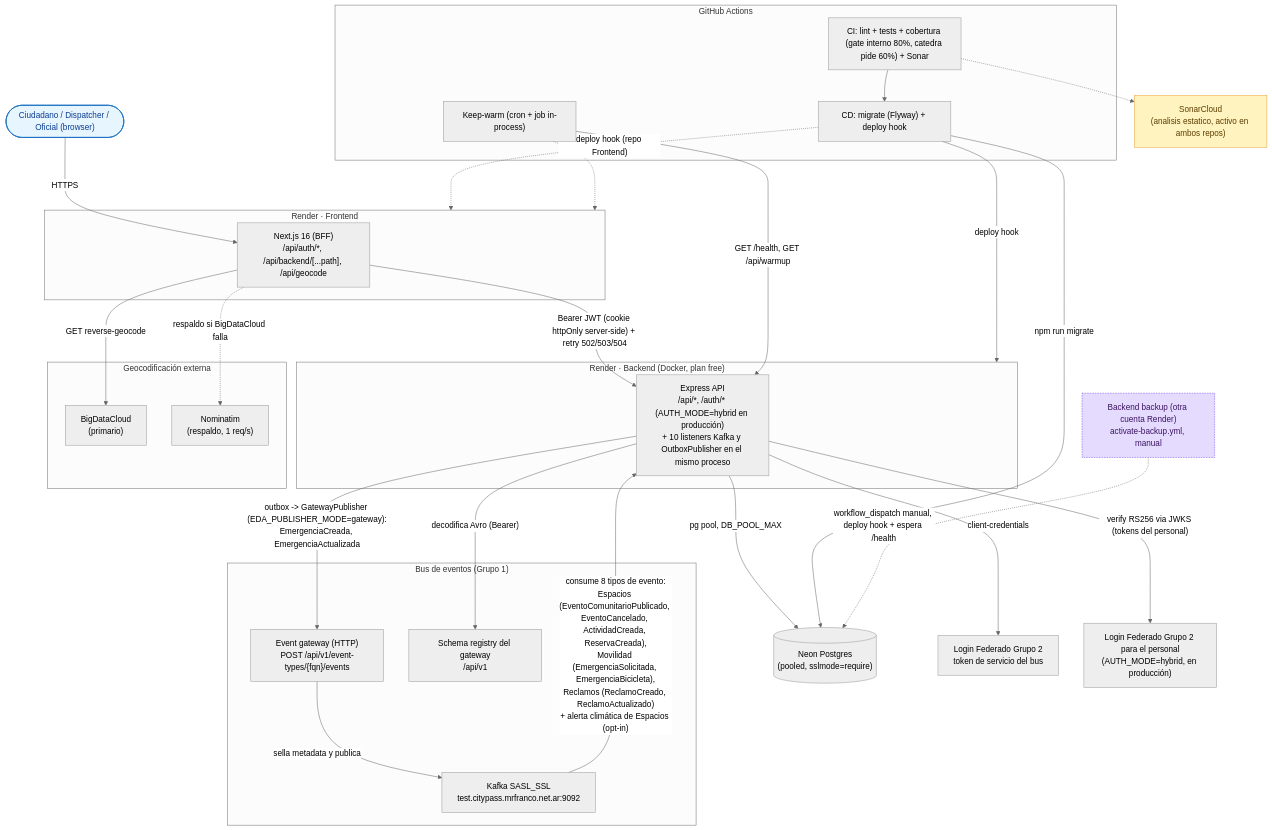
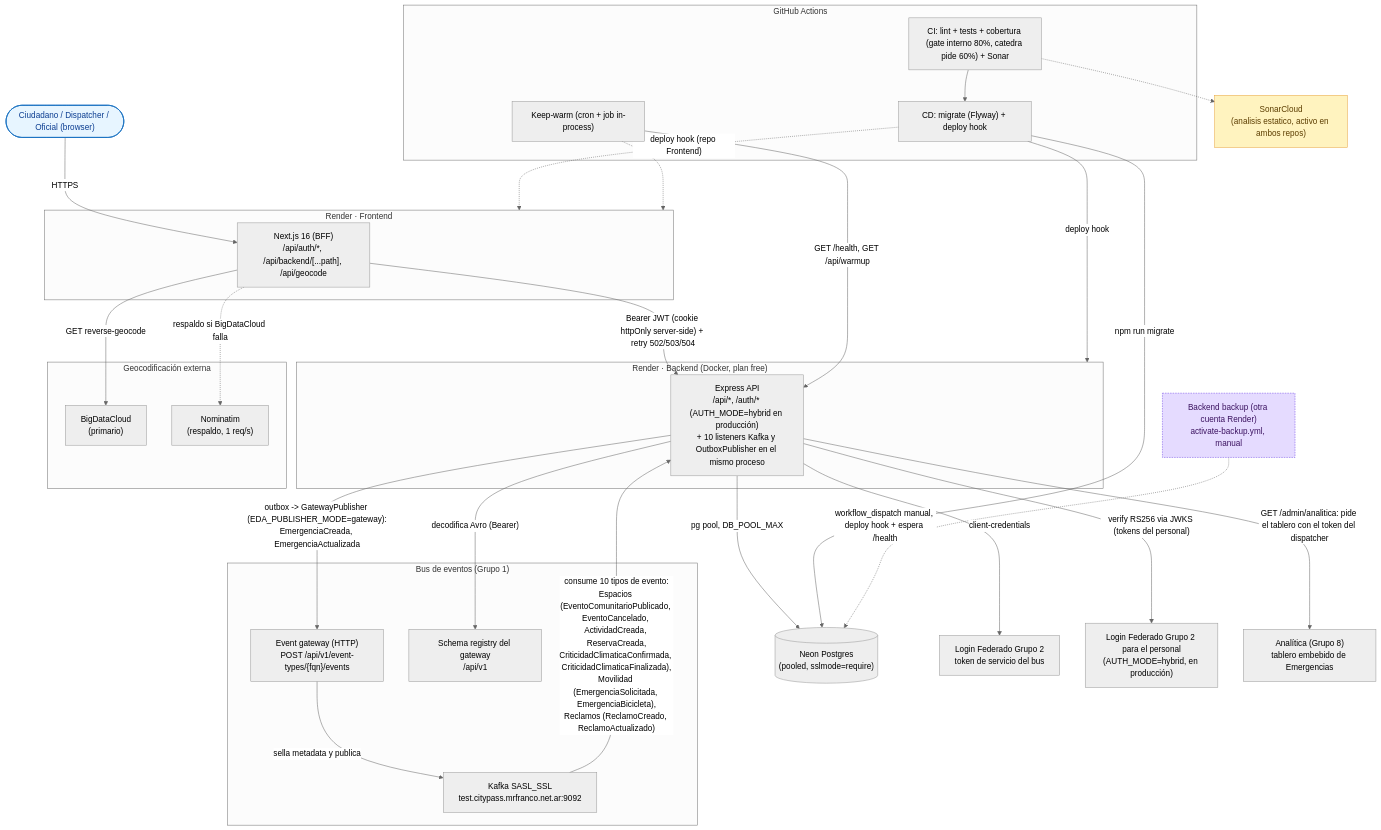
The first of 2 diagrams in docs/diagramas/03-arquitectura.md (G6D2/emergencias-backend), drawn with Mermaid (neutral theme) before and after one commit. The commit also changed other lines of this file and 1 other file, not shown here.

First line of the commit message:
docs(diagramas): alerta climática y tablero de Analítica en arquitectura y 4+1

````diff
--- a/docs/diagramas/03-arquitectura.md
+++ b/docs/diagramas/03-arquitectura.md
@@ -8,63 +8,65 @@
 ```mermaid
 flowchart TB
     ciudadano(["Ciudadano / Dispatcher / Oficial (browser)"]):::actor
 
     subgraph rfe["Render · Frontend"]
         bff["Next.js 16 (BFF)<br/>/api/auth/*, /api/backend/[...path], /api/geocode"]
     end
 
     subgraph rbe["Render · Backend (Docker, plan free)"]
         api["Express API<br/>/api/*, /auth/* (AUTH_MODE=hybrid en producción)<br/>+ 10 listeners Kafka y OutboxPublisher en el mismo proceso"]
     end
 
     neon[("Neon Postgres<br/>(pooled, sslmode=require)")]
 
     subgraph edaGroup["Bus de eventos (Grupo 1)"]
         kafka["Kafka SASL_SSL<br/>test.citypass.mrfranco.net.ar:9092"]
         gateway["Event gateway (HTTP)<br/>POST /api/v1/event-types/{fqn}/events"]
         registry["Schema registry del gateway<br/>/api/v1"]
     end
 
     login["Login Federado Grupo 2<br/>token de servicio del bus"]
     idp["Login Federado Grupo 2 para el personal<br/>(AUTH_MODE=hybrid, en producción)"]
+    analitica["Analítica (Grupo 8)<br/>tablero embebido de Emergencias"]
 
     subgraph geo["Geocodificación externa"]
         bdc["BigDataCloud<br/>(primario)"]
         nom["Nominatim<br/>(respaldo, 1 req/s)"]
     end
 
     subgraph gha["GitHub Actions"]
         ci["CI: lint + tests + cobertura (gate interno 80%, catedra pide 60%) + Sonar"]
         cd["CD: migrate (Flyway) + deploy hook"]
         kw["Keep-warm (cron + job in-process)"]
     end
 
     sonar["SonarCloud<br/>(analisis estatico, activo en ambos repos)"]:::optional
 
     backup["Backend backup (otra cuenta Render)<br/>activate-backup.yml, manual"]:::backup
 
     ciudadano -->|HTTPS| bff
     bff -->|"Bearer JWT (cookie httpOnly server-side) + retry 502/503/504"| api
     api -->|"pg pool, DB_POOL_MAX"| neon
-    kafka -->|"consume 8 tipos de evento:<br/>Espacios (EventoComunitarioPublicado, EventoCancelado, ActividadCreada, ReservaCreada),<br/>Movilidad (EmergenciaSolicitada, EmergenciaBicicleta),<br/>Reclamos (ReclamoCreado, ReclamoActualizado)<br/>+ alerta climática de Espacios (opt-in)"| api
+    kafka -->|"consume 10 tipos de evento:<br/>Espacios (EventoComunitarioPublicado, EventoCancelado, ActividadCreada, ReservaCreada,<br/>CriticidadClimaticaConfirmada, CriticidadClimaticaFinalizada),<br/>Movilidad (EmergenciaSolicitada, EmergenciaBicicleta),<br/>Reclamos (ReclamoCreado, ReclamoActualizado)"| api
     api -->|"decodifica Avro (Bearer)"| registry
     api -->|"client-credentials"| login
     api -->|"outbox -> GatewayPublisher (EDA_PUBLISHER_MODE=gateway):<br/>EmergenciaCreada, EmergenciaActualizada"| gateway
     gateway -->|"sella metadata y publica"| kafka
     api -->|"verify RS256 via JWKS (tokens del personal)"| idp
+    api -->|"GET /admin/analitica: pide el tablero con el token del dispatcher"| analitica
     bff -->|"GET reverse-geocode"| bdc
     bff -.->|"respaldo si BigDataCloud falla"| nom
     ci --> cd
     cd -->|"npm run migrate"| neon
     cd -->|"deploy hook"| rbe
     cd -.->|"deploy hook (repo Frontend)"| rfe
     kw -->|"GET /health, GET /api/warmup"| api
     kw -.-> rfe
     ci -.-> sonar
     backup -.->|"workflow_dispatch manual, deploy hook + espera /health"| neon
 
     classDef actor fill:#e7f5ff,stroke:#1971c2,color:#0b3d91,stroke-width:1.5px;
     classDef planned fill:#f1f3f5,stroke:#adb5bd,color:#495057,stroke-width:1px,stroke-dasharray: 4 3;
     classDef optional fill:#fff3bf,stroke:#e8a33d,color:#5c3d00,stroke-width:1px;
     classDef backup fill:#e5dbff,stroke:#7048e8,color:#3c1361,stroke-width:1px,stroke-dasharray: 3 2;
 ```
````
